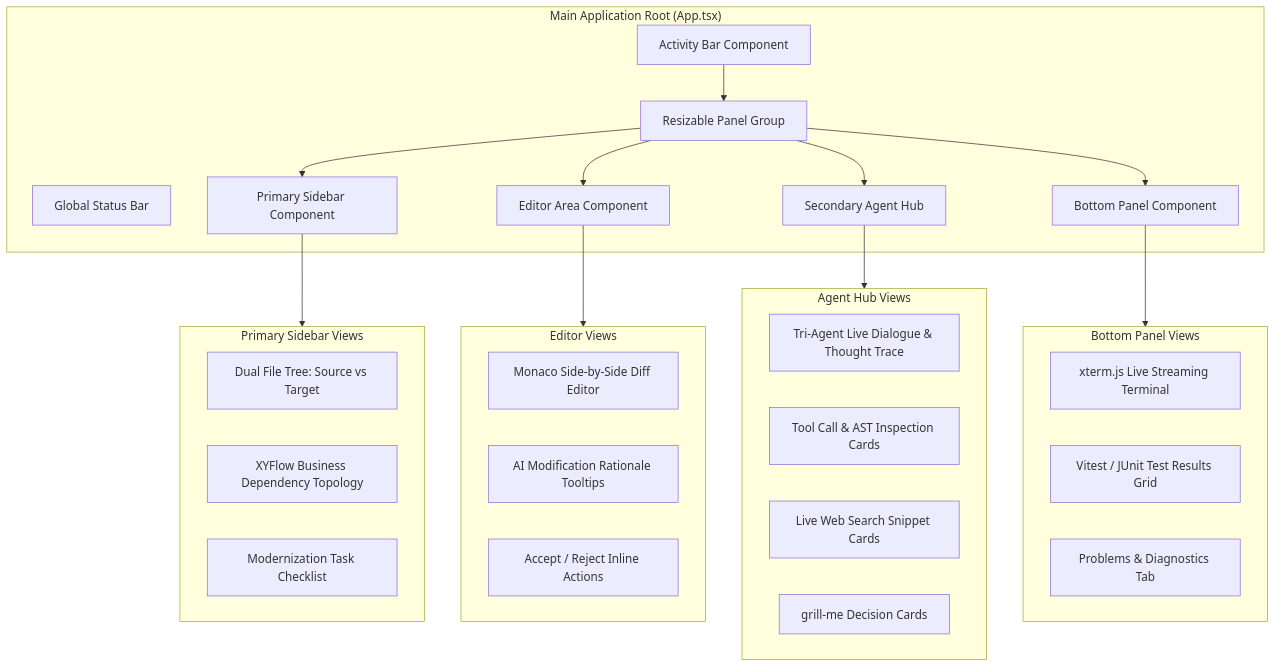
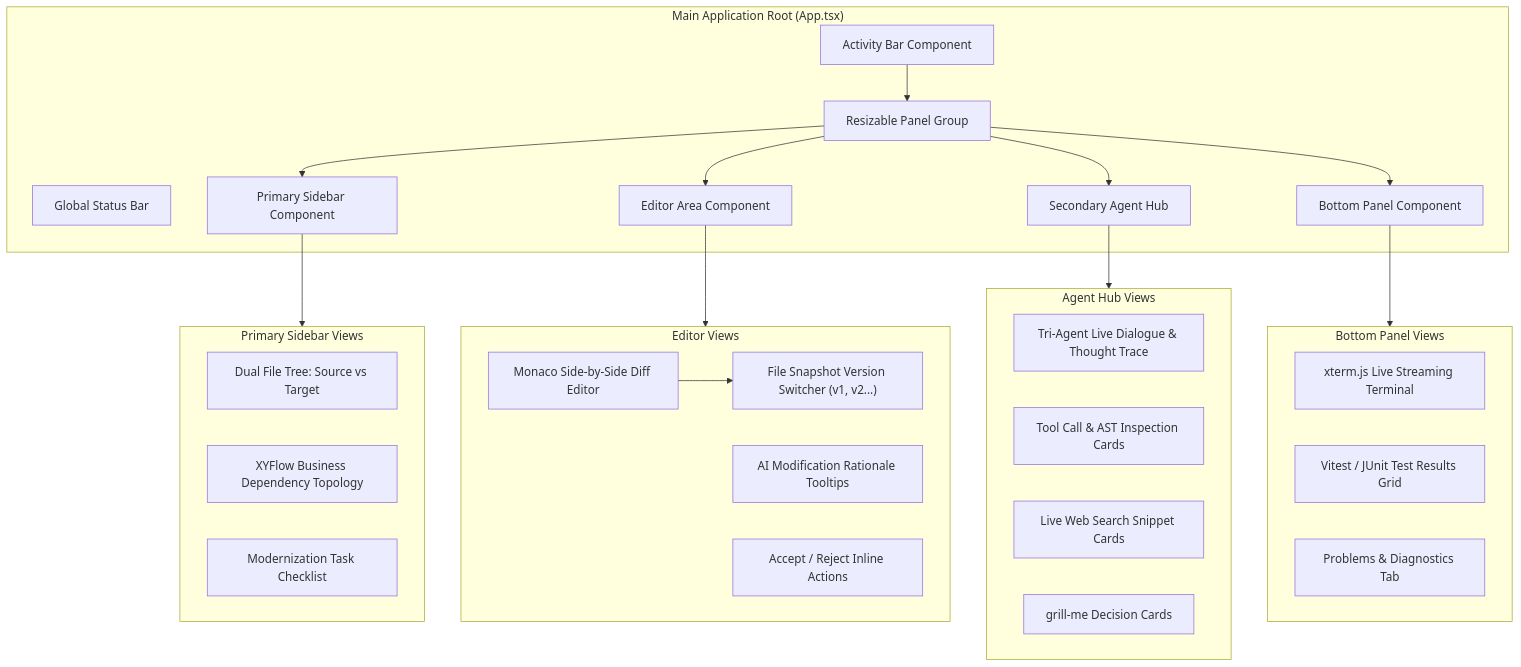
Before and after one commit to SakuraCianna/LegacyCodeModernizer: the fifth of 5 diagrams in docs/architecture.md, drawn with Mermaid. The commit also changed other lines of this file and 3 other files, not shown here.

````diff
--- a/docs/architecture.md
+++ b/docs/architecture.md
@@ -181,44 +210,46 @@
 ```mermaid
 graph TB
     subgraph App ["Main Application Root (App.tsx)"]
         ActivityBar["Activity Bar Component"]
         PanelGroup["Resizable Panel Group"]
         StatusBar["Global Status Bar"]
 
         ActivityBar --> PanelGroup
         PanelGroup --> LeftSidebar["Primary Sidebar Component"]
         PanelGroup --> CenterEditor["Editor Area Component"]
         PanelGroup --> RightSidebar["Secondary Agent Hub"]
         PanelGroup --> BottomPanel["Bottom Panel Component"]
     end
 
     subgraph LeftSidebarComponents ["Primary Sidebar Views"]
         FileTree["Dual File Tree: Source vs Target"]
         BusinessMap["XYFlow Business Dependency Topology"]
         TaskRoadmap["Modernization Task Checklist"]
     end
 
     subgraph CenterEditorComponents ["Editor Views"]
         MonacoDiff["Monaco Side-by-Side Diff Editor"]
+        VersionSelector["File Snapshot Version Switcher (v1, v2...)"]
         RationaleBadge["AI Modification Rationale Tooltips"]
         InlineReview["Accept / Reject Inline Actions"]
+        MonacoDiff --> VersionSelector
     end
 
     subgraph RightSidebarComponents ["Agent Hub Views"]
         AgentChat["Tri-Agent Live Dialogue & Thought Trace"]
         ToolBadge["Tool Call & AST Inspection Cards"]
         DocSnippet["Live Web Search Snippet Cards"]
         GrillCard["grill-me Decision Cards"]
     end
 
     subgraph BottomPanelComponents ["Bottom Panel Views"]
         XtermTerminal["xterm.js Live Streaming Terminal"]
         TestRunner["Vitest / JUnit Test Results Grid"]
         LinterProblems["Problems & Diagnostics Tab"]
     end
 
     LeftSidebar --> LeftSidebarComponents
     CenterEditor --> CenterEditorComponents
     RightSidebar --> RightSidebarComponents
     BottomPanel --> BottomPanelComponents
 ```
````
